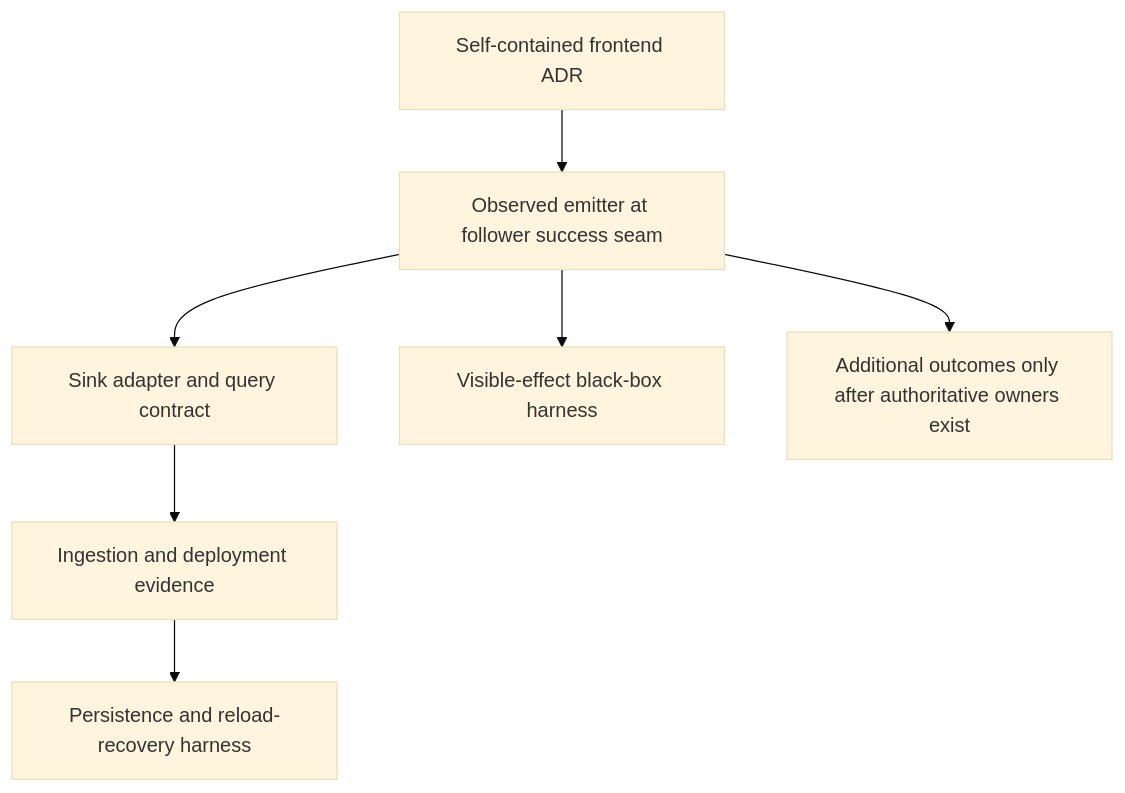
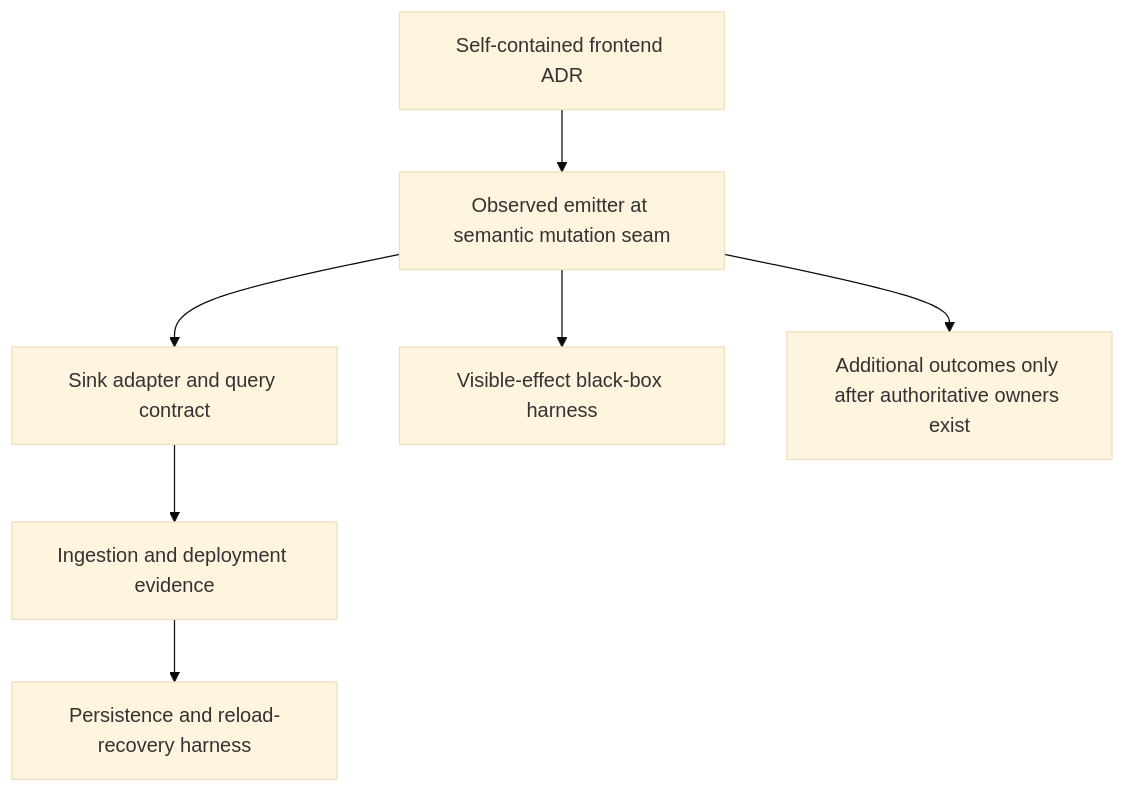
One commit to Comfy-Org/ComfyUI_frontend changed the second of 2 diagrams in docs/adr/AGENT-OBSERVABILITY-0034-frontend-journey-effect-contract.md. Above: the diagram before and after it, drawn with Mermaid (base theme). The commit also changed other lines of this file, not shown here.

Commit message:
docs: define semantic-effect seam independent of reconciliation

````diff
--- a/docs/adr/AGENT-OBSERVABILITY-0034-frontend-journey-effect-contract.md
+++ b/docs/adr/AGENT-OBSERVABILITY-0034-frontend-journey-effect-contract.md
@@ -91,9 +95,9 @@
 ```mermaid
 flowchart TD
-  A[Self-contained frontend ADR] --> B[Observed emitter at follower success seam]
+  A[Self-contained frontend ADR] --> B[Observed emitter at semantic mutation seam]
   B --> C[Sink adapter and query contract]
   C --> D[Ingestion and deployment evidence]
   B --> E[Visible-effect black-box harness]
   D --> F[Persistence and reload-recovery harness]
   B --> G[Additional outcomes only after authoritative owners exist]
 ```
````
